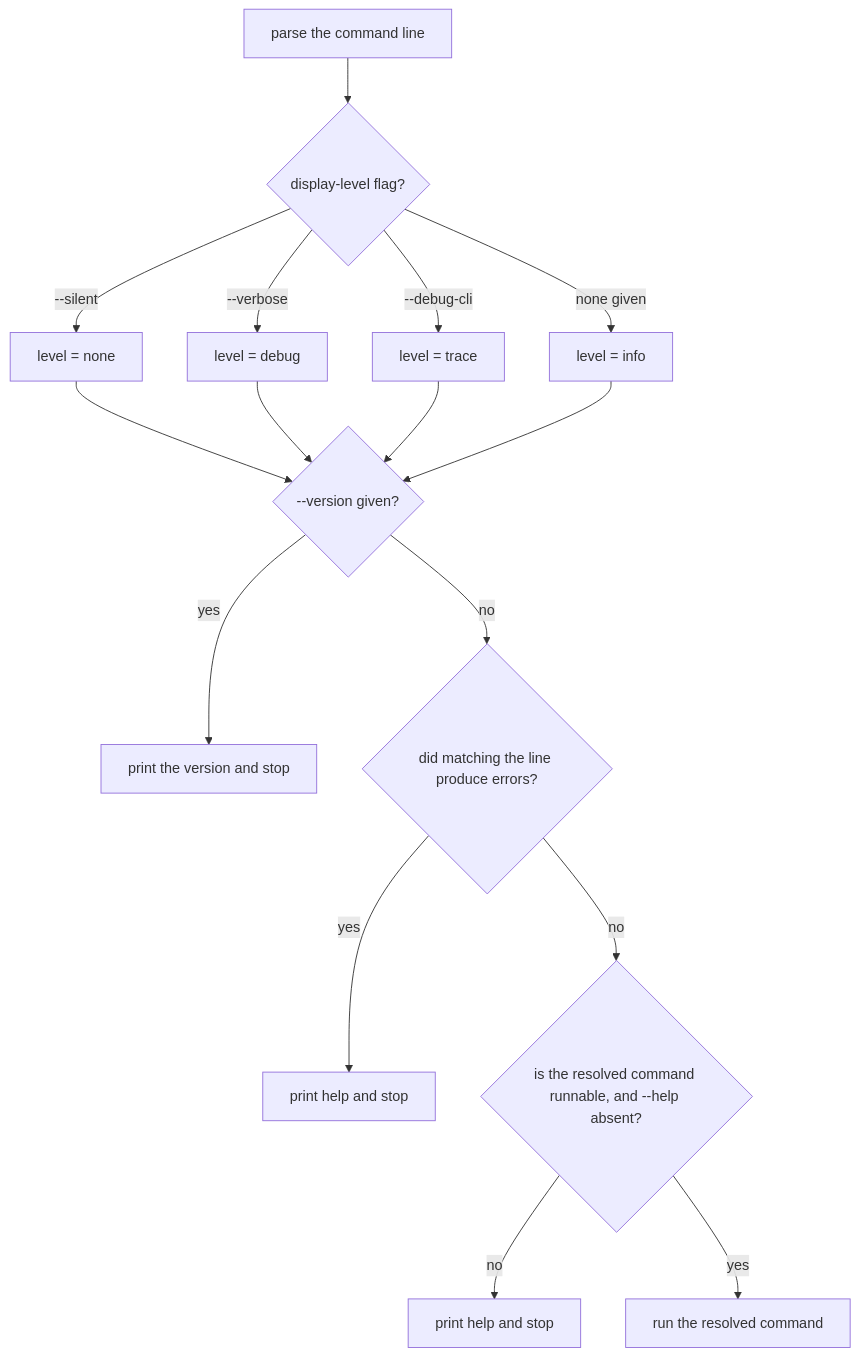
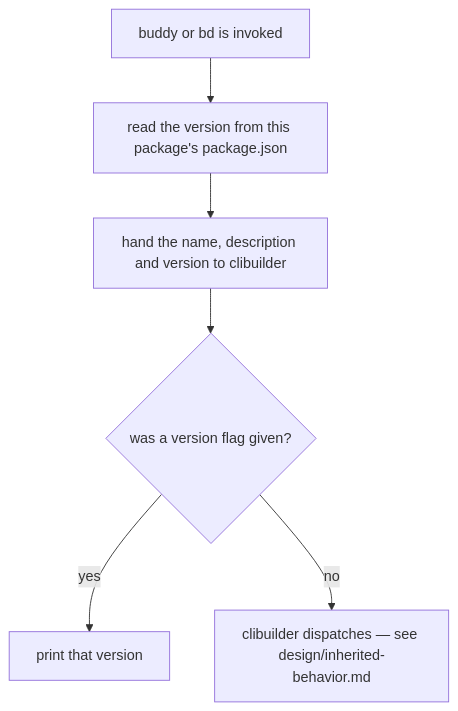
One commit to repobuddy/repobuddy changed the diagram in packages/buddy/.agents/spec/cli-shell/README.md. Above: the diagram before and after it, drawn with Mermaid. The commit also changed other lines of this file and 1 other file, not shown here.

First line of the commit message:
docs(buddy): cut cli-shell to what repobuddy actually promises

````diff
--- a/packages/buddy/.agents/spec/cli-shell/README.md
+++ b/packages/buddy/.agents/spec/cli-shell/README.md
@@ -50,18 +41,8 @@
 ```mermaid
 graph TD
-    A[parse the command line] --> B{display-level flag?}
-    B -->|--silent| B1[level = none]
-    B -->|--verbose| B2[level = debug]
-    B -->|--debug-cli| B3[level = trace]
-    B -->|none given| B4[level = info]
-    B1 --> C
-    B2 --> C
-    B3 --> C
-    B4 --> C
-    C{--version given?} -->|yes| C1[print the version and stop]
-    C -->|no| D{did matching the line produce errors?}
-    D -->|yes| D1[print help and stop]
-    D -->|no| E{is the resolved command runnable, and --help absent?}
-    E -->|no| E1[print help and stop]
-    E -->|yes| E2[run the resolved command]
+    A[buddy or bd is invoked] --> B[read the version from this package's package.json]
+    B --> C[hand the name, description and version to clibuilder]
+    C --> D{was a version flag given?}
+    D -->|yes| D1[print that version]
+    D -->|no| D2[clibuilder dispatches — see design/inherited-behavior.md]
 ```
````
